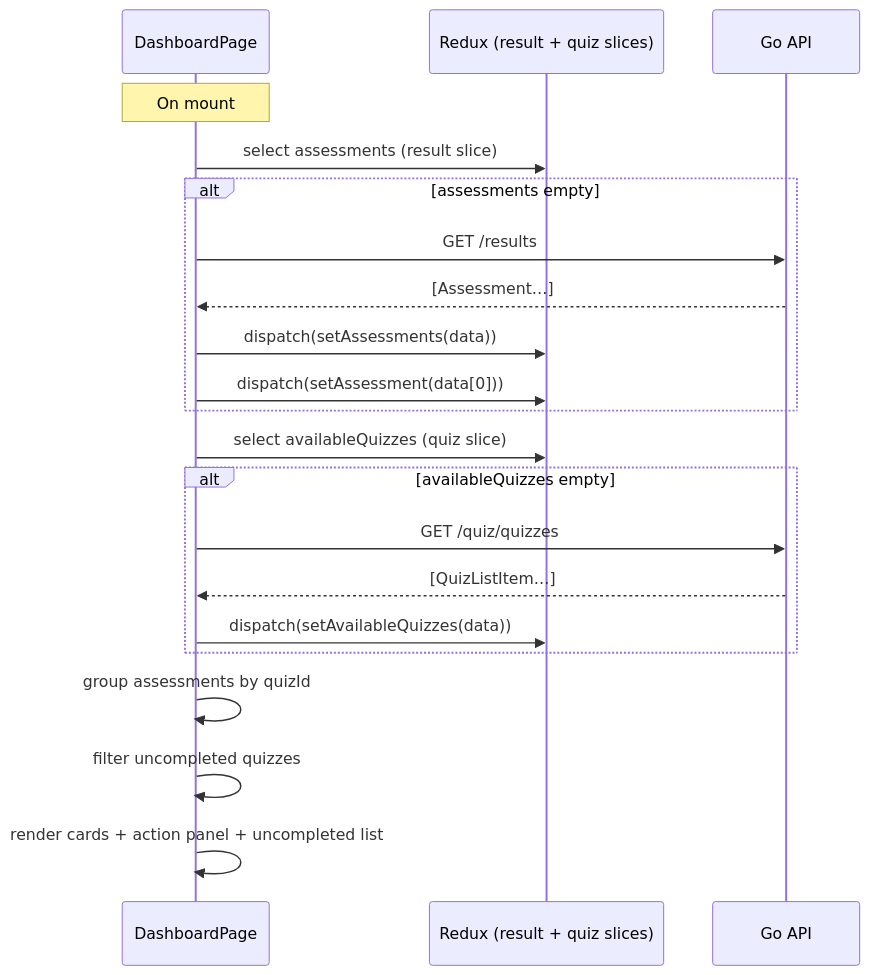
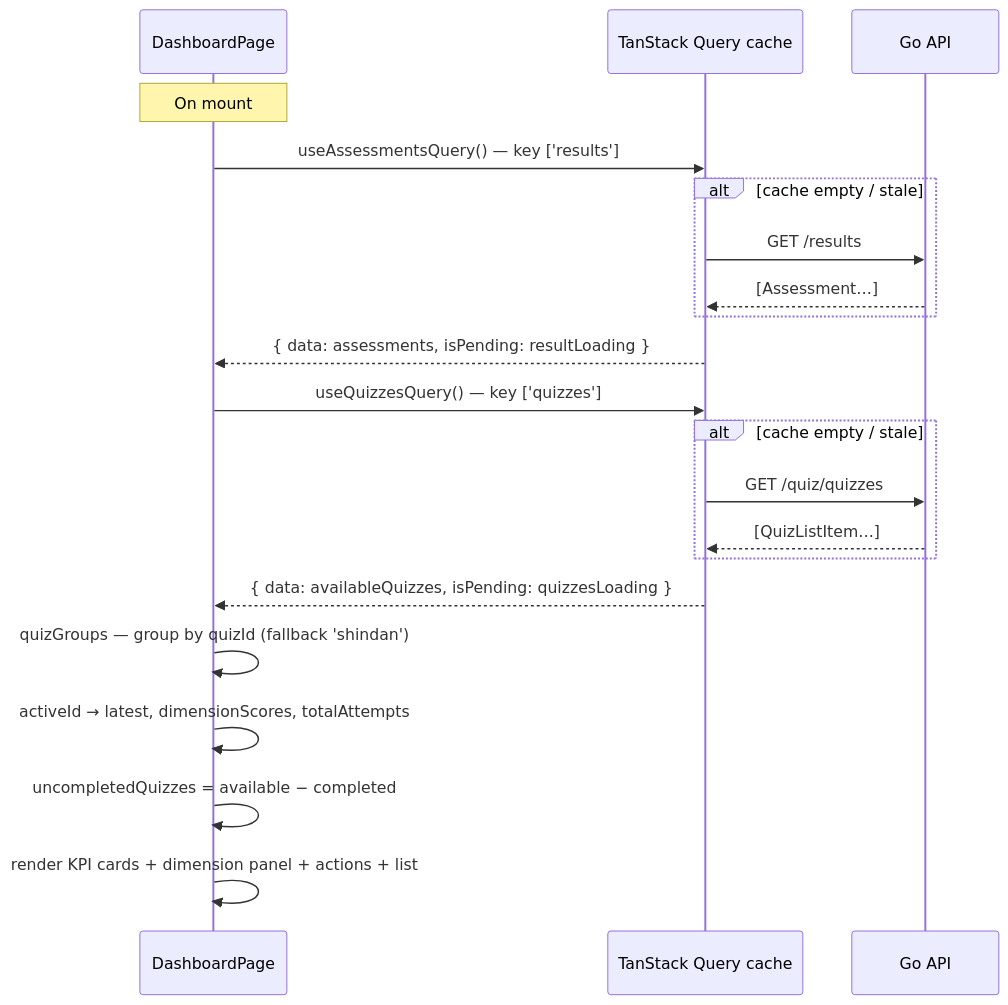
Before and after one commit to sathittham/factory-sync-solutions: the diagram in docs/product/dashboard/feature-spec.md, drawn with Mermaid. The commit also changed other lines of this file and 194 other files, not shown here.

First line of the commit message:
feat(web): add backoffice GA4 analytics dashboard and KPI stat cards (#32)

````diff
--- a/docs/product/dashboard/feature-spec.md
+++ b/docs/product/dashboard/feature-spec.md
@@ -193,27 +211,26 @@
 ```mermaid
 sequenceDiagram
     participant DP as DashboardPage
-    participant ST as Redux (result + quiz slices)
+    participant TQ as TanStack Query cache
     participant API as Go API
 
     note over DP: On mount
+    DP->>TQ: useAssessmentsQuery() — key ['results']
+    alt cache empty / stale
+        TQ->>API: GET /results
+        API-->>TQ: [Assessment…]
+    end
+    TQ-->>DP: { data: assessments, isPending: resultLoading }
 
-    DP->>ST: select assessments (result slice)
-    alt assessments empty
-        DP->>API: GET /results
-        API-->>DP: [Assessment…]
-        DP->>ST: dispatch(setAssessments(data))
-        DP->>ST: dispatch(setAssessment(data[0]))
+    DP->>TQ: useQuizzesQuery() — key ['quizzes']
+    alt cache empty / stale
+        TQ->>API: GET /quiz/quizzes
+        API-->>TQ: [QuizListItem…]
     end
+    TQ-->>DP: { data: availableQuizzes, isPending: quizzesLoading }
 
-    DP->>ST: select availableQuizzes (quiz slice)
-    alt availableQuizzes empty
-        DP->>API: GET /quiz/quizzes
-        API-->>DP: [QuizListItem…]
-        DP->>ST: dispatch(setAvailableQuizzes(data))
-    end
-
-    DP->>DP: group assessments by quizId
-    DP->>DP: filter uncompleted quizzes
-    DP->>DP: render cards + action panel + uncompleted list
+    DP->>DP: quizGroups — group by quizId (fallback 'shindan')
+    DP->>DP: activeId → latest, dimensionScores, totalAttempts
+    DP->>DP: uncompletedQuizzes = available − completed
+    DP->>DP: render KPI cards + dimension panel + actions + list
 ```
````
